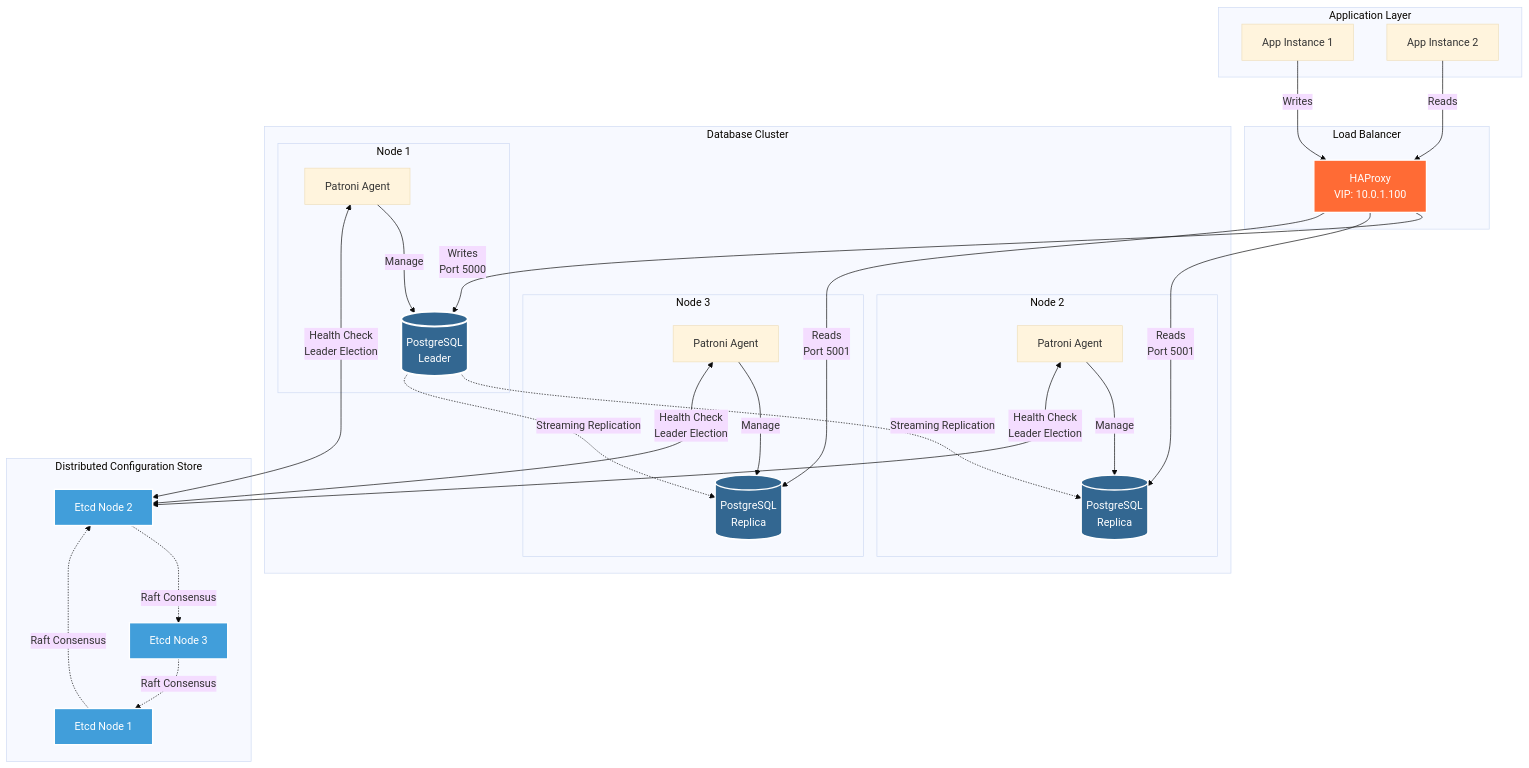
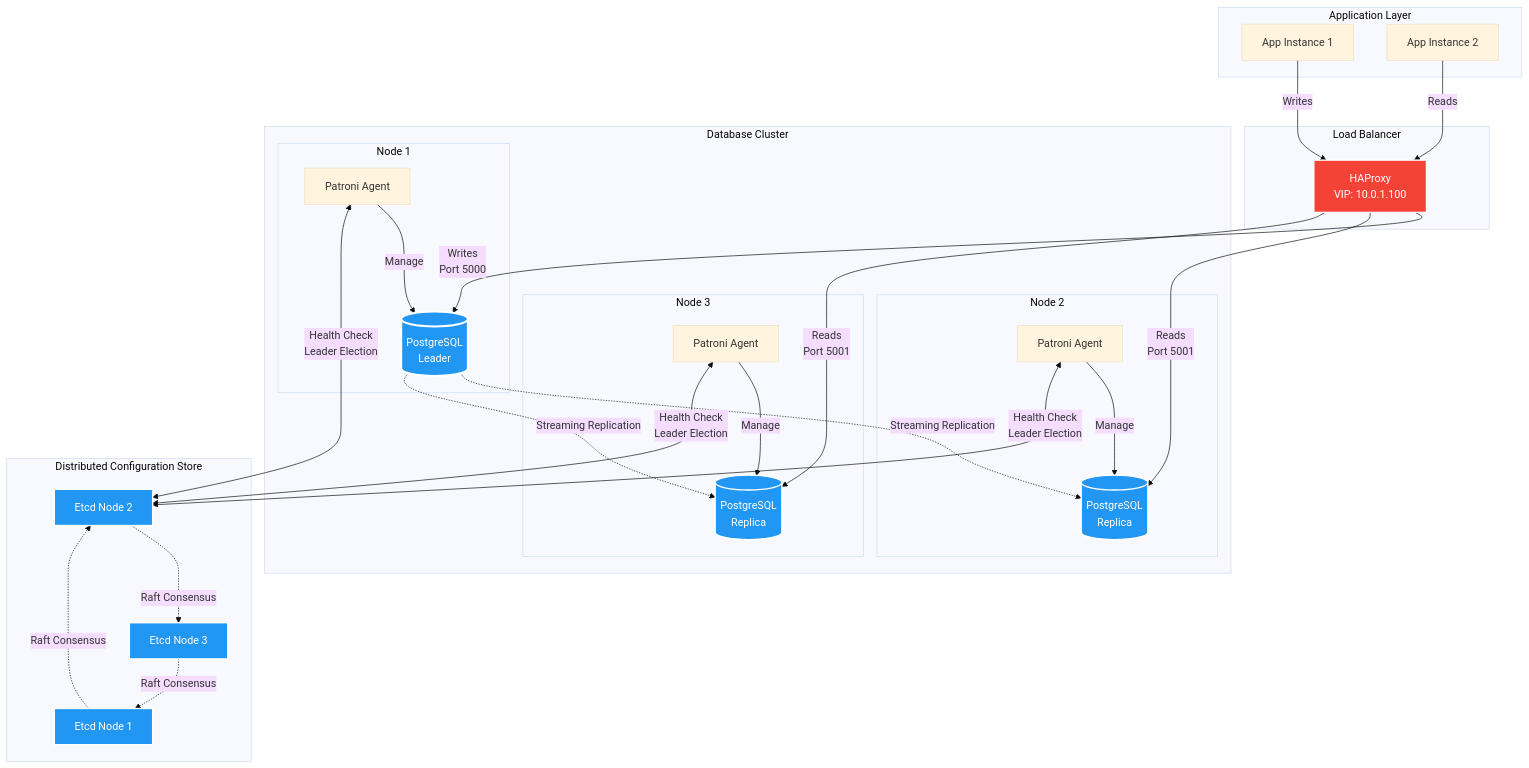
One commit to VBlackJack/ShellBook changed the first of 3 diagrams in docs/databases/high-availability.md. Above: the diagram before and after it, drawn with Mermaid (base theme). The commit also changed other lines of this file and 337 other files, not shown here.

First line of the commit message:
refactor(docs): Standardize code blocks and Mermaid colors

````diff
--- a/docs/databases/high-availability.md
+++ b/docs/databases/high-availability.md
@@ -69,62 +69,62 @@
 ```mermaid
 graph TB
     subgraph "Application Layer"
         APP1[App Instance 1]
         APP2[App Instance 2]
     end
 
     subgraph "Load Balancer"
         HAProxy[HAProxy<br/>VIP: 10.0.1.100]
     end
 
     APP1 -->|Writes| HAProxy
     APP2 -->|Reads| HAProxy
 
     subgraph "Database Cluster"
         subgraph "Node 1"
             P1[Patroni Agent]
             PG1[(PostgreSQL<br/>Leader)]
             P1 -->|Manage| PG1
         end
 
         subgraph "Node 2"
             P2[Patroni Agent]
             PG2[(PostgreSQL<br/>Replica)]
             P2 -->|Manage| PG2
         end
 
         subgraph "Node 3"
             P3[Patroni Agent]
             PG3[(PostgreSQL<br/>Replica)]
             P3 -->|Manage| PG3
         end
 
         PG1 -.Streaming Replication.-> PG2
         PG1 -.Streaming Replication.-> PG3
     end
 
     subgraph "Distributed Configuration Store"
         ETCD1[Etcd Node 1]
         ETCD2[Etcd Node 2]
         ETCD3[Etcd Node 3]
         ETCD1 -.Raft Consensus.-> ETCD2
         ETCD2 -.Raft Consensus.-> ETCD3
         ETCD3 -.Raft Consensus.-> ETCD1
     end
 
     HAProxy -->|Writes<br/>Port 5000| PG1
     HAProxy -->|Reads<br/>Port 5001| PG2
     HAProxy -->|Reads<br/>Port 5001| PG3
 
     P1 <-->|Health Check<br/>Leader Election| ETCD2
     P2 <-->|Health Check<br/>Leader Election| ETCD2
     P3 <-->|Health Check<br/>Leader Election| ETCD2
 
-    style PG1 fill:#336791,stroke:#fff,stroke-width:3px,color:#fff
-    style PG2 fill:#336791,stroke:#fff,stroke-width:2px,color:#fff
-    style PG3 fill:#336791,stroke:#fff,stroke-width:2px,color:#fff
-    style HAProxy fill:#ff6b35,stroke:#fff,stroke-width:2px,color:#fff
-    style ETCD1 fill:#419eda,stroke:#fff,stroke-width:2px,color:#fff
-    style ETCD2 fill:#419eda,stroke:#fff,stroke-width:2px,color:#fff
-    style ETCD3 fill:#419eda,stroke:#fff,stroke-width:2px,color:#fff
+    style PG1 fill:#2196F3,stroke:#fff,stroke-width:3px,color:#fff
+    style PG2 fill:#2196F3,stroke:#fff,stroke-width:2px,color:#fff
+    style PG3 fill:#2196F3,stroke:#fff,stroke-width:2px,color:#fff
+    style HAProxy fill:#f44336,stroke:#fff,stroke-width:2px,color:#fff
+    style ETCD1 fill:#2196F3,stroke:#fff,stroke-width:2px,color:#fff
+    style ETCD2 fill:#2196F3,stroke:#fff,stroke-width:2px,color:#fff
+    style ETCD3 fill:#2196F3,stroke:#fff,stroke-width:2px,color:#fff
 ```
````
